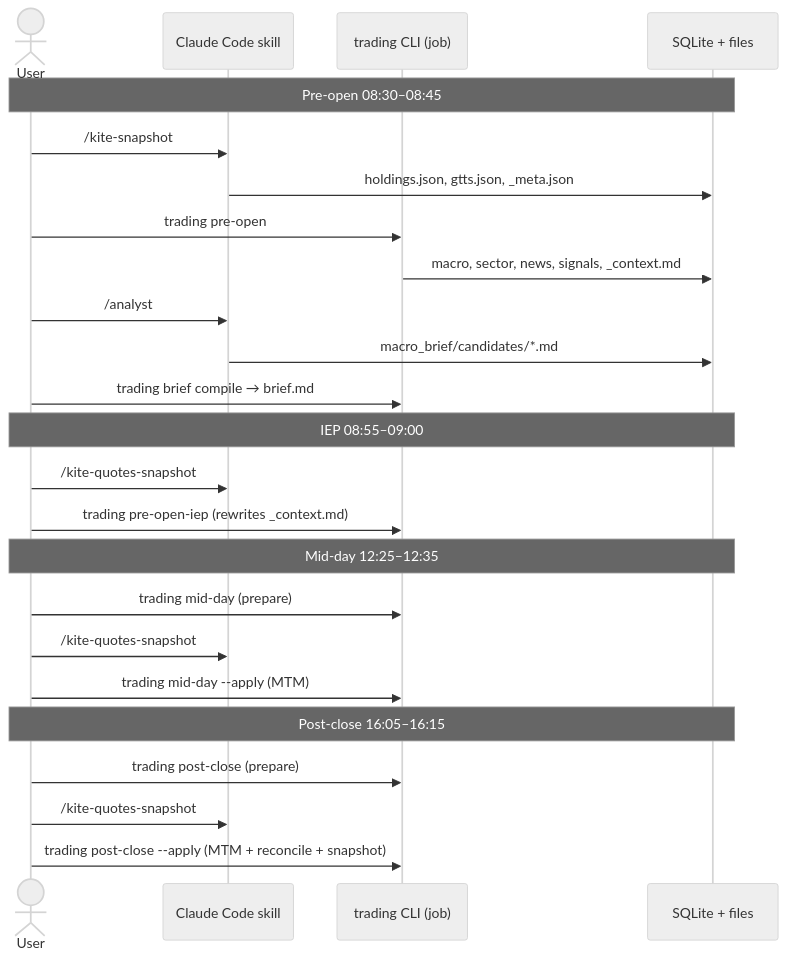
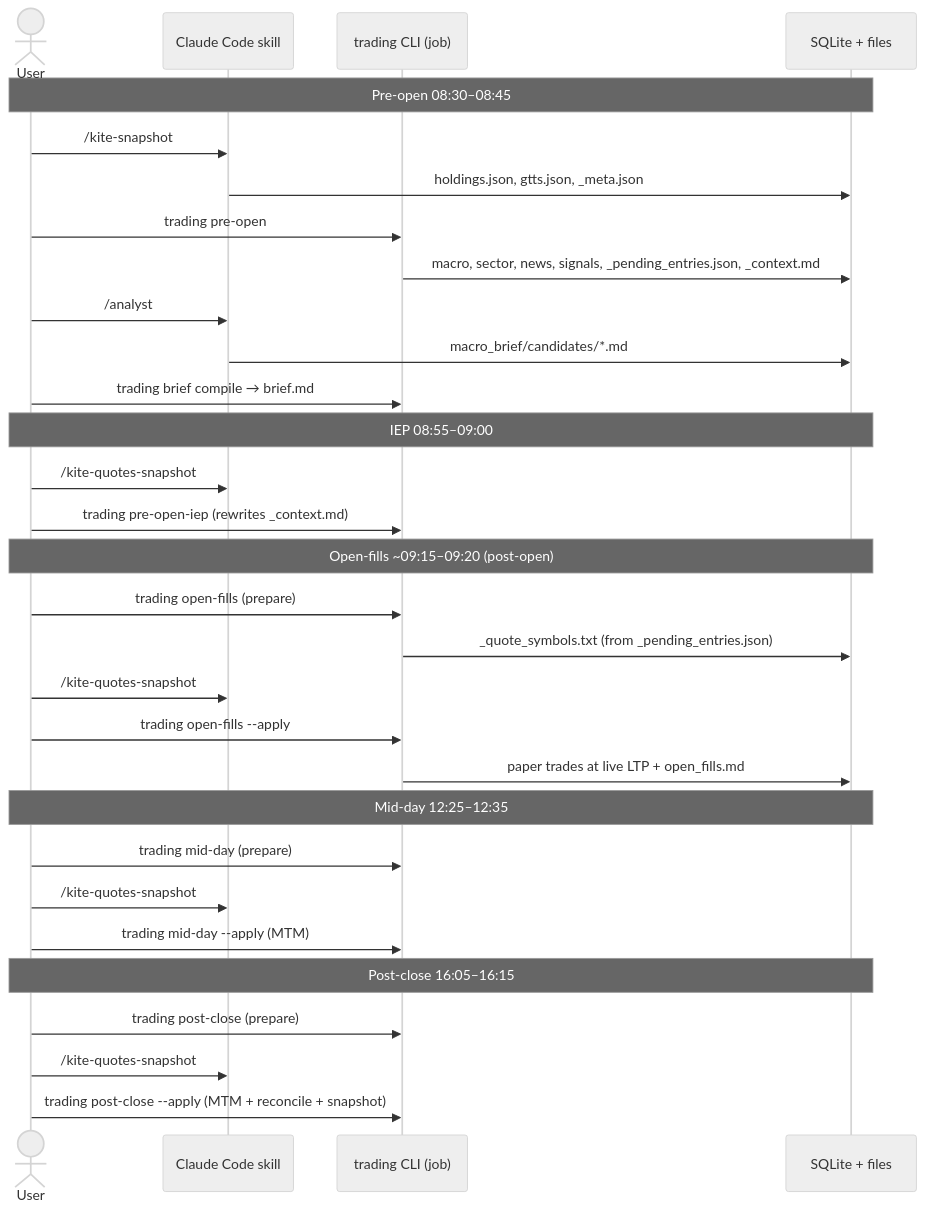
Before and after one commit to alladdinkumar/Trading: the first of 2 diagrams in docs/architecture/07-jobs-workflows.md, drawn with Mermaid (neutral theme). The commit also changed other lines of this file and 6 other files, not shown here.

````diff
--- a/docs/architecture/07-jobs-workflows.md
+++ b/docs/architecture/07-jobs-workflows.md
@@ -30,30 +33,37 @@
 ```mermaid
 sequenceDiagram
     actor User
     participant Skill as Claude Code skill
     participant Job as trading CLI (job)
     participant DB as SQLite + files
 
     Note over User,DB: Pre-open 08:30–08:45
     User->>Skill: /kite-snapshot
     Skill->>DB: holdings.json, gtts.json, _meta.json
     User->>Job: trading pre-open
-    Job->>DB: macro, sector, news, signals, _context.md
+    Job->>DB: macro, sector, news, signals, _pending_entries.json, _context.md
     User->>Skill: /analyst
     Skill->>DB: macro_brief/candidates/*.md
     User->>Job: trading brief compile → brief.md
 
     Note over User,DB: IEP 08:55–09:00
     User->>Skill: /kite-quotes-snapshot
     User->>Job: trading pre-open-iep (rewrites _context.md)
+
+    Note over User,DB: Open-fills ~09:15–09:20 (post-open)
+    User->>Job: trading open-fills (prepare)
+    Job->>DB: _quote_symbols.txt (from _pending_entries.json)
+    User->>Skill: /kite-quotes-snapshot
+    User->>Job: trading open-fills --apply
+    Job->>DB: paper trades at live LTP + open_fills.md
 
     Note over User,DB: Mid-day 12:25–12:35
     User->>Job: trading mid-day (prepare)
     User->>Skill: /kite-quotes-snapshot
     User->>Job: trading mid-day --apply (MTM)
 
     Note over User,DB: Post-close 16:05–16:15
     User->>Job: trading post-close (prepare)
     User->>Skill: /kite-quotes-snapshot
     User->>Job: trading post-close --apply (MTM + reconcile + snapshot)
 ```
````
